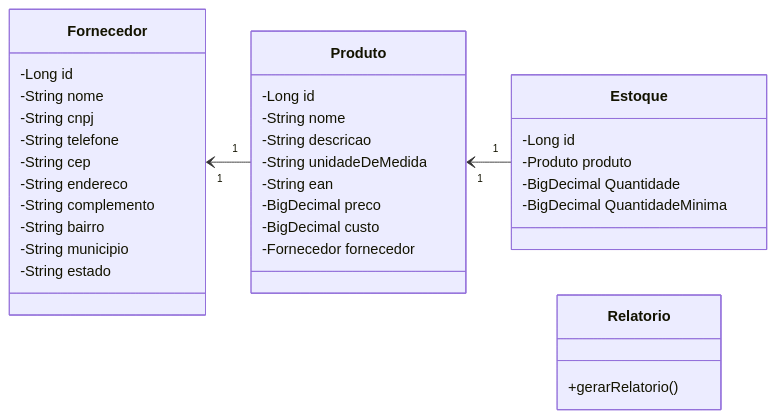
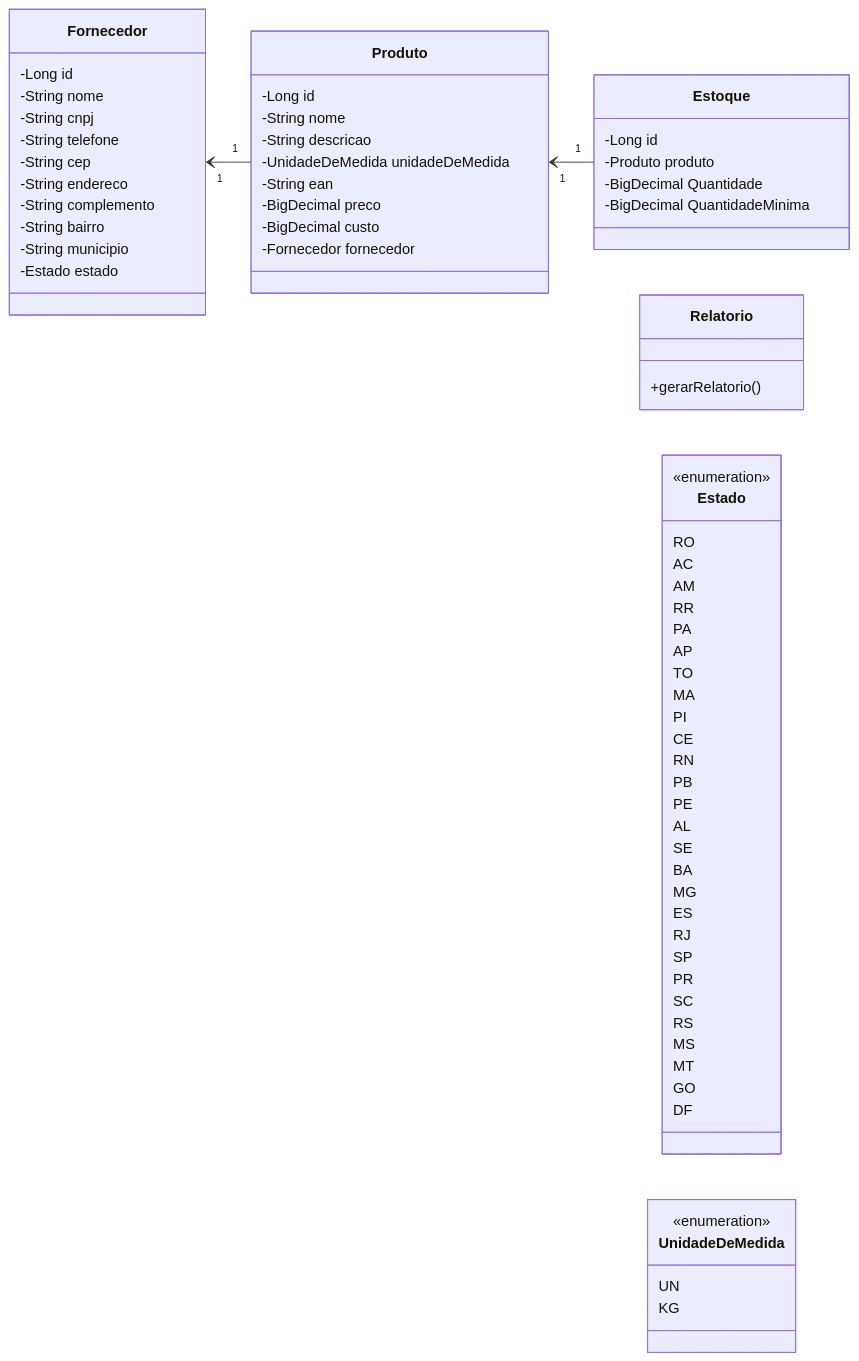
Before and after one commit to Eduardo-Karpinski/TCC: the diagram in Diagramas/classe.md, drawn with Mermaid. The commit also changed 4 other files, not shown here.

Commit message:
Adicionando projetos e atualizando o diagrama de classes

````diff
--- a/Diagramas/classe.md
+++ b/Diagramas/classe.md
@@ -1,44 +1,81 @@
 ```mermaid
 classDiagram
     direction RL
     
     Produto "1" --> "1" Fornecedor
     Estoque "1" --> "1" Produto
 
     %% Produto tera um fornecedor e não varios, pois o preço pode varias por fornecedor
     %% isso pode/vai ocasionar em produtos repitidos
     class Produto{
         -Long id
         -String nome
         -String descricao
-        -String unidadeDeMedida
+        -UnidadeDeMedida unidadeDeMedida
         -String ean
         -BigDecimal preco
         -BigDecimal custo
         -Fornecedor fornecedor
     }
 
     class Fornecedor{
         -Long id
         -String nome
         -String cnpj
         -String telefone
         -String cep
         -String endereco
         -String complemento
         -String bairro
         -String municipio
-        -String estado
+        -Estado estado
     }
 
     class Estoque{
         -Long id
         -Produto produto
         -BigDecimal Quantidade
         -BigDecimal QuantidadeMinima
     }
 
     class Relatorio{
         +gerarRelatorio()
     }
+
+    class Estado{
+        <<enumeration>>
+        RO
+        AC
+        AM
+        RR
+        PA
+        AP
+        TO
+        MA
+        PI
+        CE
+        RN
+        PB
+        PE
+        AL
+        SE
+        BA
+        MG
+        ES
+        RJ
+        SP
+        PR
+        SC
+        RS
+        MS
+        MT
+        GO
+        DF
+    }
+
+    class UnidadeDeMedida{
+        <<enumeration>>
+        UN
+        KG
+    }
 ```
````
